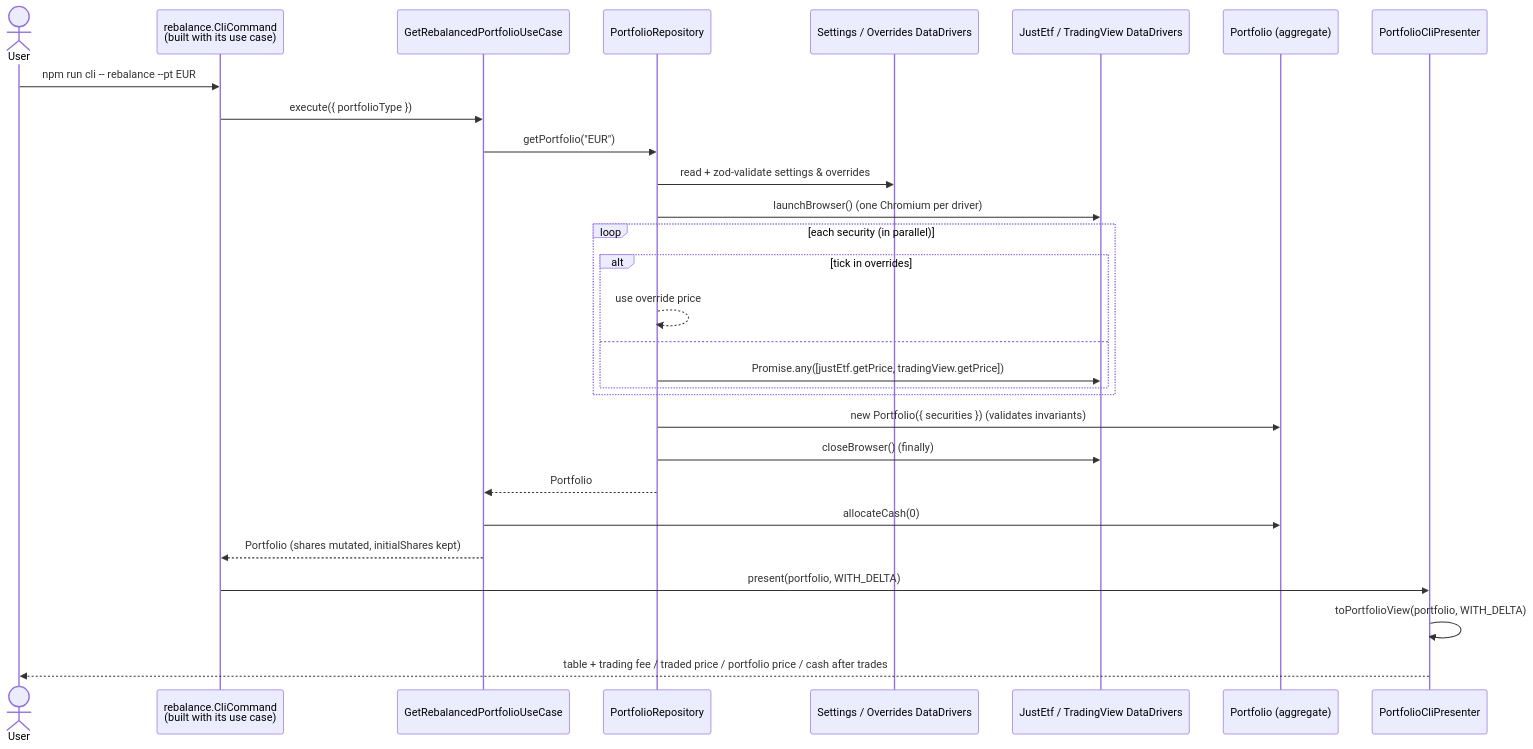
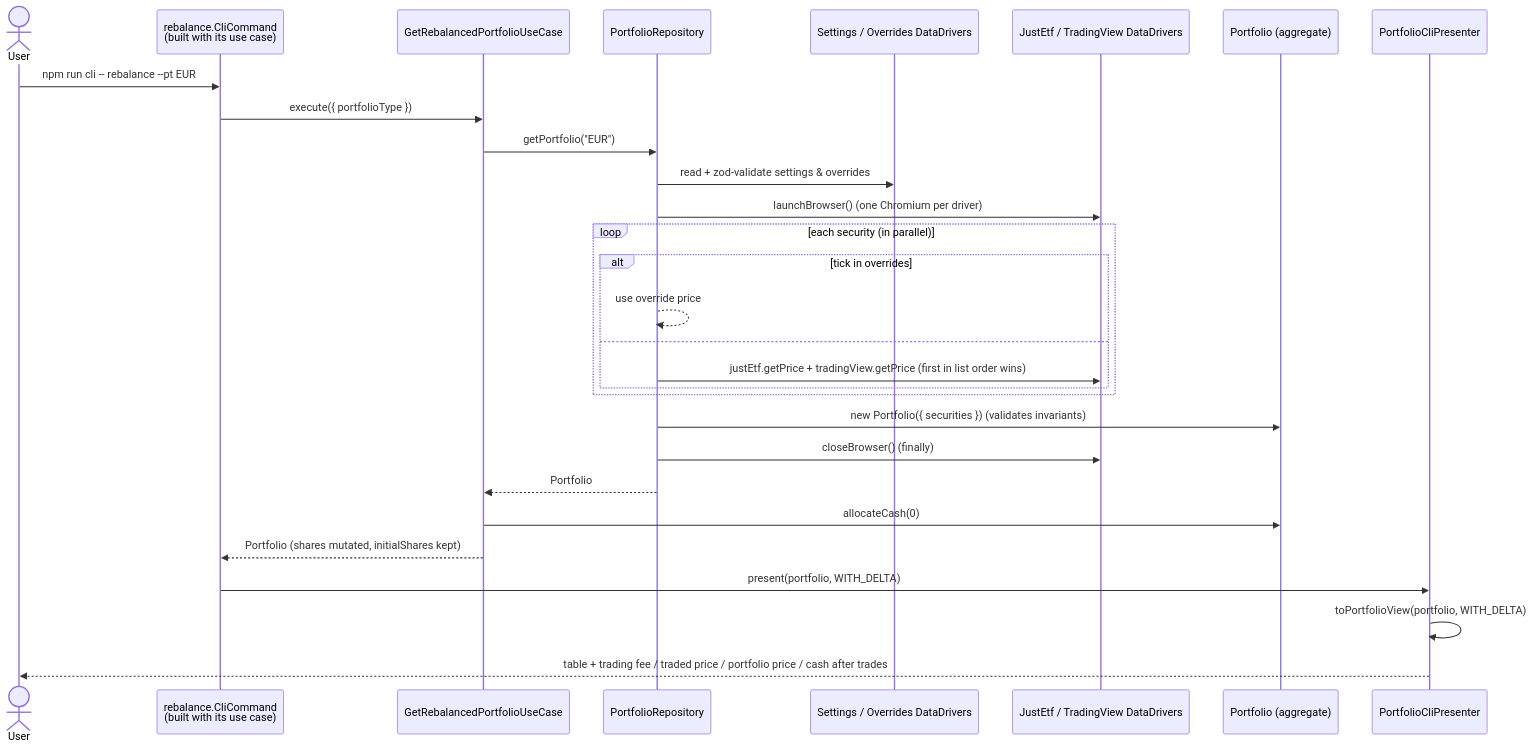
One commit to armaaar/stock-calc changed the third of 3 diagrams in docs/architecture/overview.md. Above: the diagram before and after it, drawn with Mermaid. The commit also changed other lines of this file and 32 other files, not shown here.

Commit message:
feat: record each price's source and time and prefer sources in order

````diff
--- a/docs/architecture/overview.md
+++ b/docs/architecture/overview.md
@@ -77,32 +77,32 @@
 ```mermaid
 sequenceDiagram
   actor U as User
   participant C as rebalance.CliCommand<br/>(built with its use case)
   participant UC as GetRebalancedPortfolioUseCase
   participant R as PortfolioRepository
   participant S as Settings / Overrides DataDrivers
   participant P as JustEtf / TradingView DataDrivers
   participant E as Portfolio (aggregate)
   participant V as PortfolioCliPresenter
 
   U->>C: npm run cli -- rebalance --pt EUR
   C->>UC: execute({ portfolioType })
   UC->>R: getPortfolio("EUR")
   R->>S: read + zod-validate settings & overrides
   R->>P: launchBrowser() (one Chromium per driver)
   loop each security (in parallel)
     alt tick in overrides
       R-->>R: use override price
     else
-      R->>P: Promise.any([justEtf.getPrice, tradingView.getPrice])
+      R->>P: justEtf.getPrice + tradingView.getPrice (first in list order wins)
     end
   end
   R->>E: new Portfolio({ securities }) (validates invariants)
   R->>P: closeBrowser() (finally)
   R-->>UC: Portfolio
   UC->>E: allocateCash(0)
   UC-->>C: Portfolio (shares mutated, initialShares kept)
   C->>V: present(portfolio, WITH_DELTA)
   V->>V: toPortfolioView(portfolio, WITH_DELTA)
   V-->>U: table + trading fee / traded price / portfolio price / cash after trades
 ```
````
